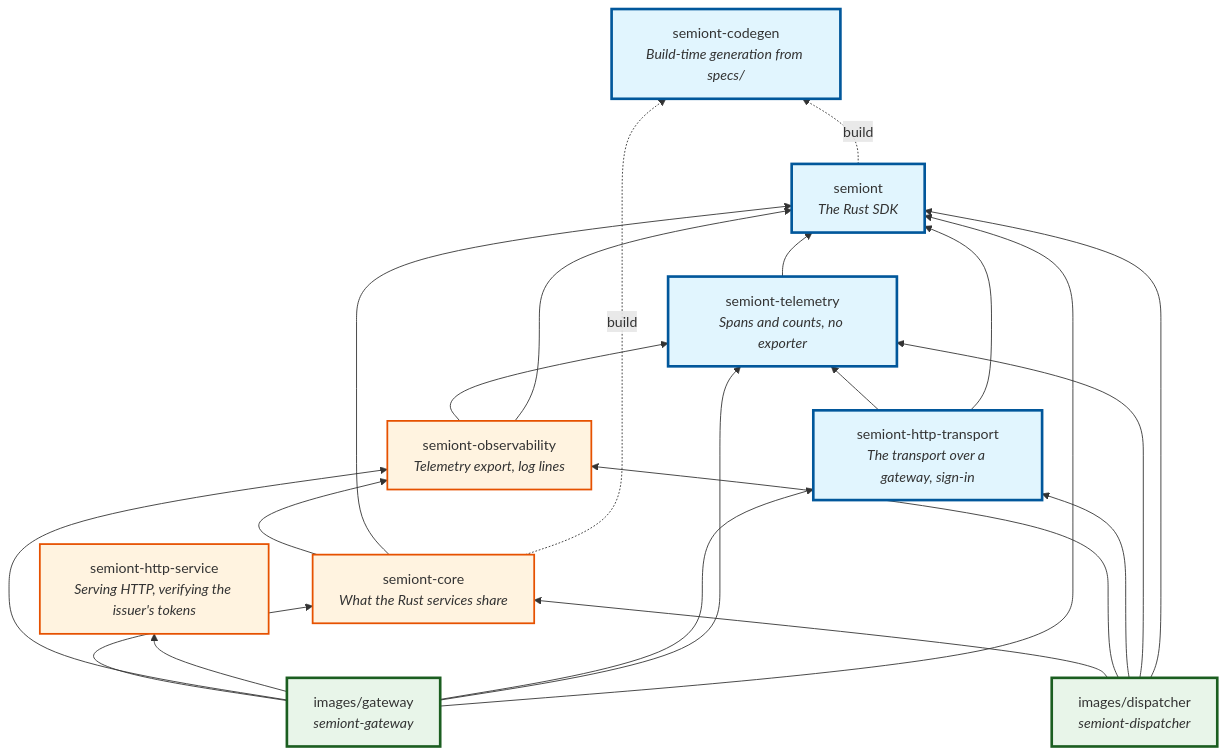
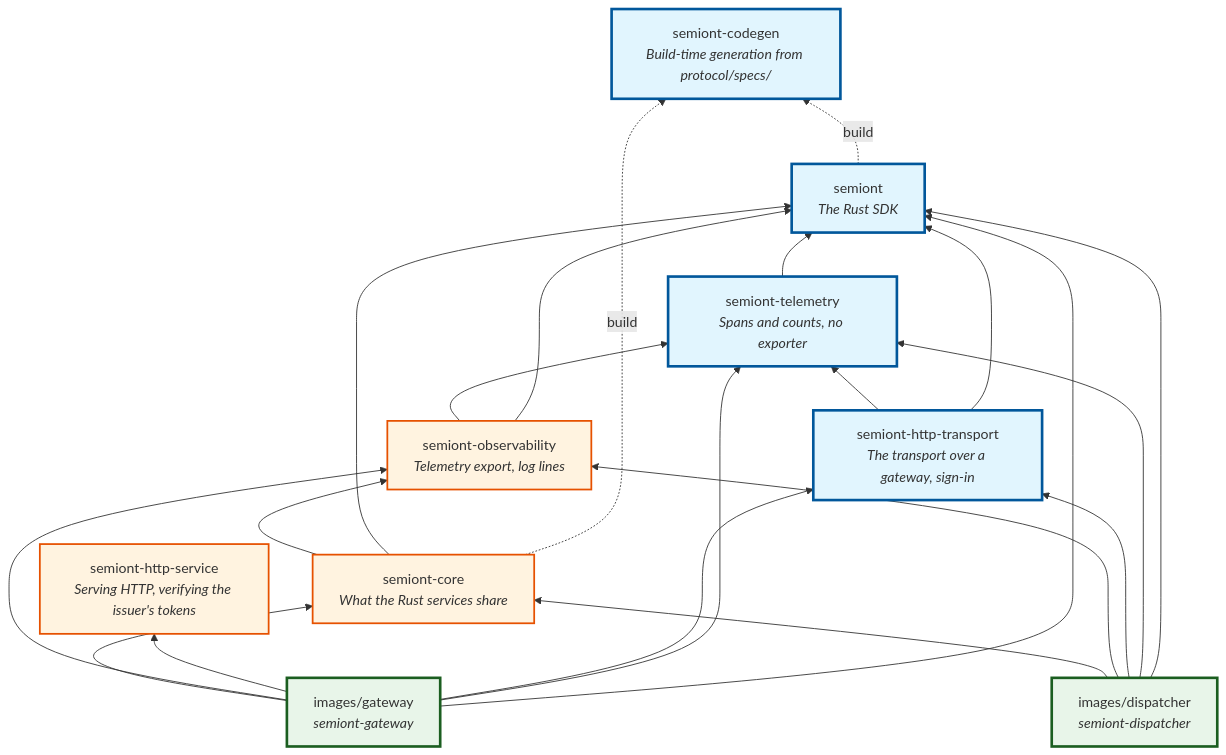
One commit to The-AI-Alliance/semiont changed the second of 2 diagrams in docs/architecture/PACKAGE-ARCHITECTURE.md. Above: the diagram before and after it, drawn with Mermaid. The commit also changed other lines of this file and 1934 other files, not shown here.

````diff
--- a/docs/architecture/PACKAGE-ARCHITECTURE.md
+++ b/docs/architecture/PACKAGE-ARCHITECTURE.md
@@ -63,44 +63,44 @@
 ```mermaid
 graph BT
     gateway["images/gateway<br/><i>semiont-gateway</i>"]
     dispatcher["images/dispatcher<br/><i>semiont-dispatcher</i>"]
 
     rcore["semiont-core<br/><i>What the Rust services share</i>"]
     robs["semiont-observability<br/><i>Telemetry export, log lines</i>"]
     rserve["semiont-http-service<br/><i>Serving HTTP, verifying the issuer's tokens</i>"]
     rhttp["semiont-http-transport<br/><i>The transport over a gateway, sign-in</i>"]
     rtel["semiont-telemetry<br/><i>Spans and counts, no exporter</i>"]
     rsdk["semiont<br/><i>The Rust SDK</i>"]
-    codegen["semiont-codegen<br/><i>Build-time generation from specs/</i>"]
+    codegen["semiont-codegen<br/><i>Build-time generation from protocol/specs/</i>"]
 
     gateway --> rcore
     gateway --> robs
     gateway --> rserve
     gateway --> rhttp
     gateway --> rtel
     gateway --> rsdk
     dispatcher --> rcore
     dispatcher --> robs
     dispatcher --> rhttp
     dispatcher --> rtel
     dispatcher --> rsdk
 
     rcore --> robs
     rcore --> rsdk
     robs --> rtel
     robs --> rsdk
     rhttp --> rtel
     rhttp --> rsdk
     rtel --> rsdk
 
     rsdk -.->|build| codegen
     rcore -.->|build| codegen
 
     classDef app fill:#e8f5e9,stroke:#1b5e20,stroke-width:3px
     classDef internal fill:#fff3e0,stroke:#e65100,stroke-width:2px
     classDef published fill:#e1f5fe,stroke:#01579b,stroke-width:3px
 
     class gateway,dispatcher app
     class rcore,robs,rserve internal
     class rhttp,rtel,rsdk,codegen published
 ```
````
